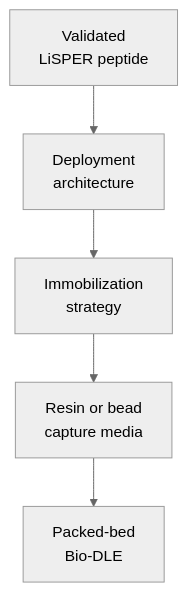
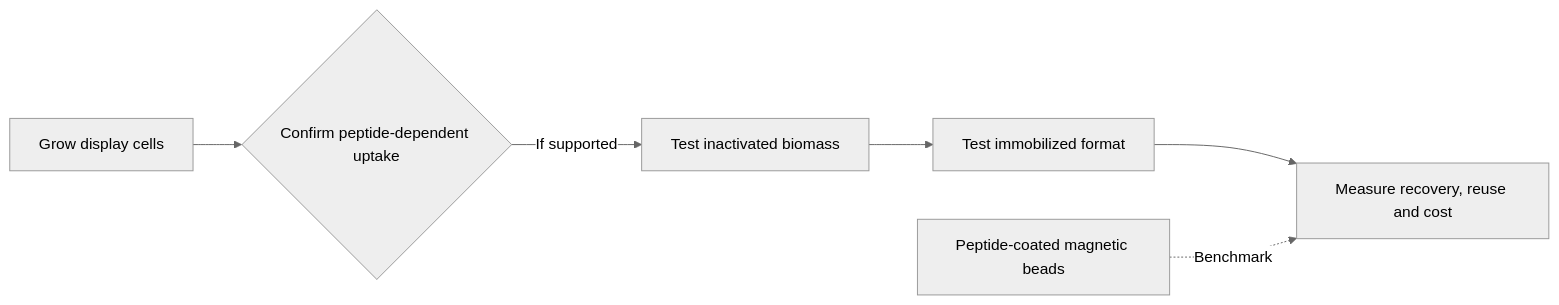
Before and after one commit to jackyissocute/LiSPER: the diagram in 03_industrial_translation/README.md, drawn with Mermaid (neutral theme). The commit also changed other lines of this file and 24 other files, not shown here.

Commit message:
Refresh LiSPER READMEs and project diagrams

````diff
--- a/03_industrial_translation/README.md
+++ b/03_industrial_translation/README.md
@@ -5,16 +7,11 @@
 ```mermaid
-flowchart TD
-    accTitle: Industrial Translation Path
-    accDescr: Industrial translation starts from validated LiSPER peptides, evaluates deployment architecture, selects immobilization media, and moves toward packed-bed Bio-DLE.
+flowchart LR
+    accTitle: Cell-derived material development path
+    accDescr: Bacteria produce the peptide-bearing surface. After experimental validation, the team would test inactivation, immobilization, recovery, and process cost against a magnetic-bead benchmark.
 
-    peptide["Validated<br/>LiSPER peptide"]
-    architecture["Deployment<br/>architecture"]
-    immobilization["Immobilization<br/>strategy"]
-    media["Resin or bead<br/>capture media"]
-    column["Packed-bed<br/>Bio-DLE"]
-
-    peptide --> architecture
-    architecture --> immobilization
-    immobilization --> media
-    media --> column
+    cells["Grow display cells"] --> binding{"Confirm peptide-dependent uptake"}
+    binding -->|If supported| inactivate["Test inactivated biomass"]
+    inactivate --> immobilize["Test immobilized format"]
+    immobilize --> evaluate["Measure recovery, reuse and cost"]
+    beads["Peptide-coated magnetic beads"] -.->|Benchmark| evaluate
 ```
````
